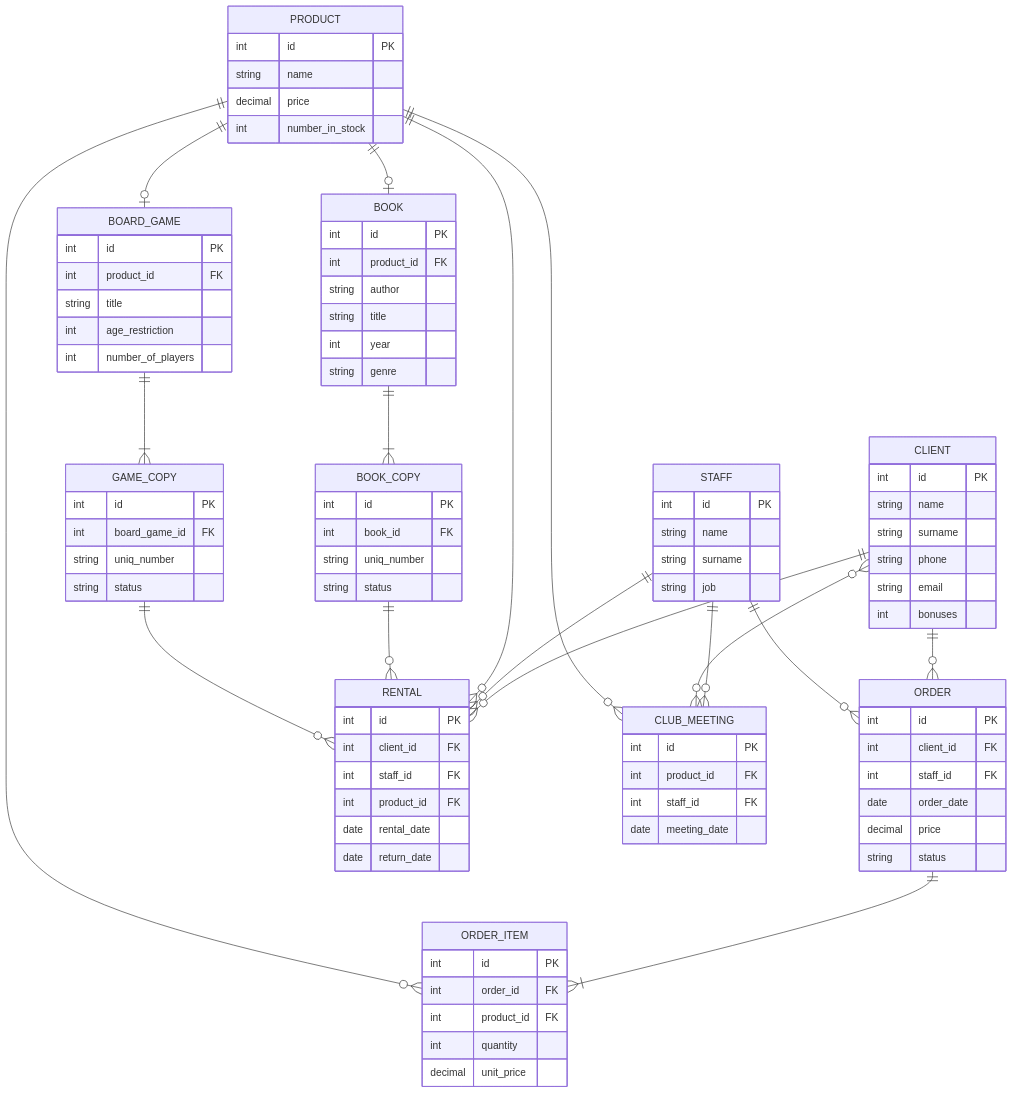
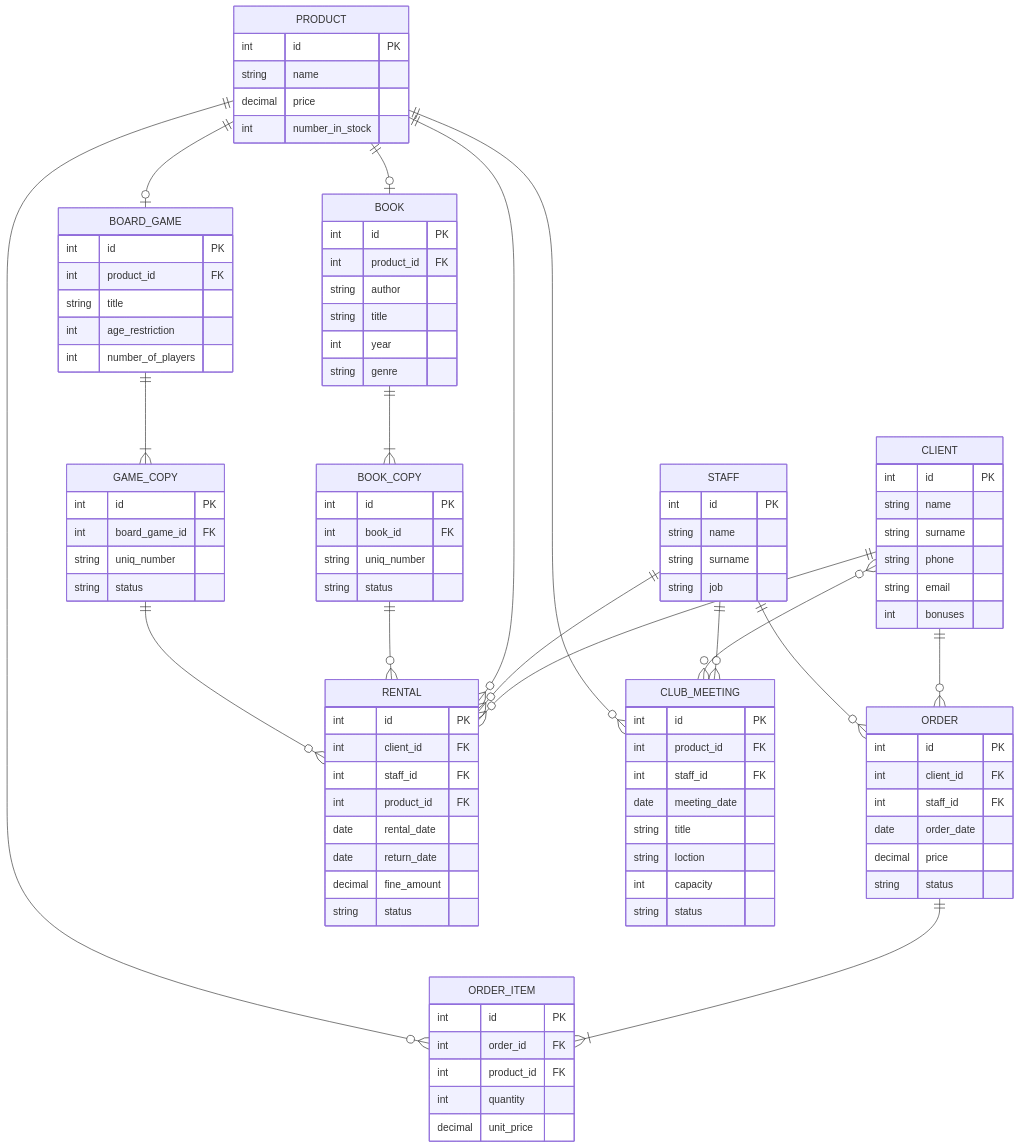
The diagram in task1/ERdiagram.mmd (sofiakiosova37-boop/bookshop_kpi2), drawn with Mermaid before and after one commit. The commit also changed 1 other file, not shown here.

```diff
--- a/task1/ERdiagram.mmd
+++ b/task1/ERdiagram.mmd
@@ -1,105 +1,111 @@
 erDiagram
 CLIENT ||--o{ ORDER : ""
 CLIENT ||--o{ RENTAL : ""
 STAFF ||--o{ ORDER : ""
 STAFF||--o{ RENTAL : ""
 STAFF ||--o{ CLUB_MEETING : ""
 CLIENT }o--o{ CLUB_MEETING: ""
 PRODUCT ||--o{ CLUB_MEETING : ""
 ORDER ||--|{ ORDER_ITEM : ""
 PRODUCT ||--o{ RENTAL : ""
 BOOK ||--|{ BOOK_COPY: ""
 BOARD_GAME||--|{ GAME_COPY: ""
 PRODUCT ||--o|BOOK: ""
 PRODUCT ||--o|BOARD_GAME: ""
 PRODUCT ||--o{ORDER_ITEM: ""
 BOOK_COPY ||--o{ RENTAL : ""
 GAME_COPY ||--o{ RENTAL : ""
 
 STAFF {
     int id PK
     string name
     string surname
     string job
 }
 
 CLIENT {
     int id PK
     string name
     string surname
     string phone
     string email
     int bonuses
 }
 
 BOOK {
     int id PK
     int product_id FK
     string author
     string title
     int year
     string genre
 }
 
 BOARD_GAME {
     int id PK
     int product_id FK
     string title
     int age_restriction
     int number_of_players
 }
 
 PRODUCT {
     int id PK
     string name
     decimal price
     int number_in_stock
 }
 
 
 BOOK_COPY {
     int id PK
     int book_id FK
     string uniq_number
     string status
 }
 
 GAME_COPY {
     int id PK
     int board_game_id FK
     string uniq_number
     string status
 }
 
 ORDER {
     int id PK
     int client_id FK
     int staff_id FK
     date order_date 
     decimal price
     string status
 }
 
 RENTAL {
     int id PK
     int client_id FK 
     int staff_id FK 
     int product_id FK
     date rental_date
     date return_date
+    decimal fine_amount
+    string status
 }
 
 CLUB_MEETING {
     int id PK
     int product_id FK
     int staff_id FK
     date meeting_date
+    string title
+    string loction
+    int capacity
+    string status 
 }
 
 ORDER_ITEM {
     int id PK
     int order_id FK
     int product_id FK
     int quantity
     decimal unit_price
 }
```
